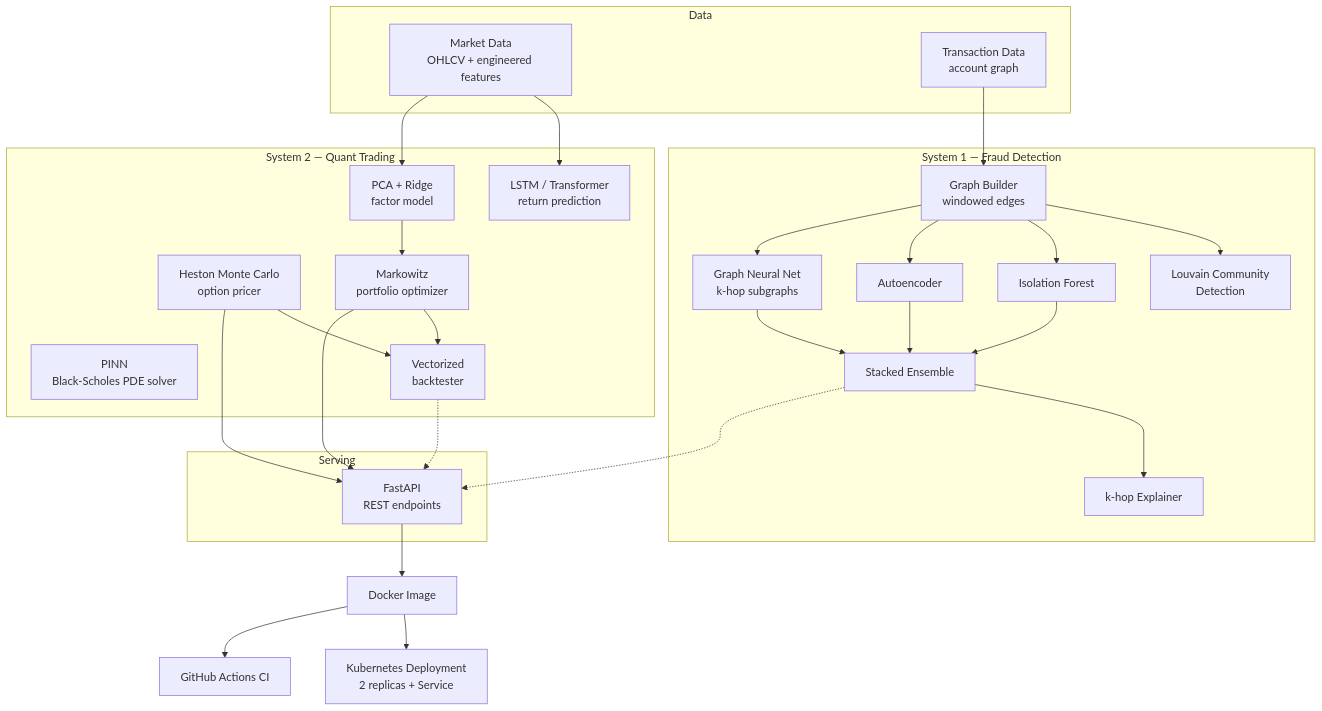
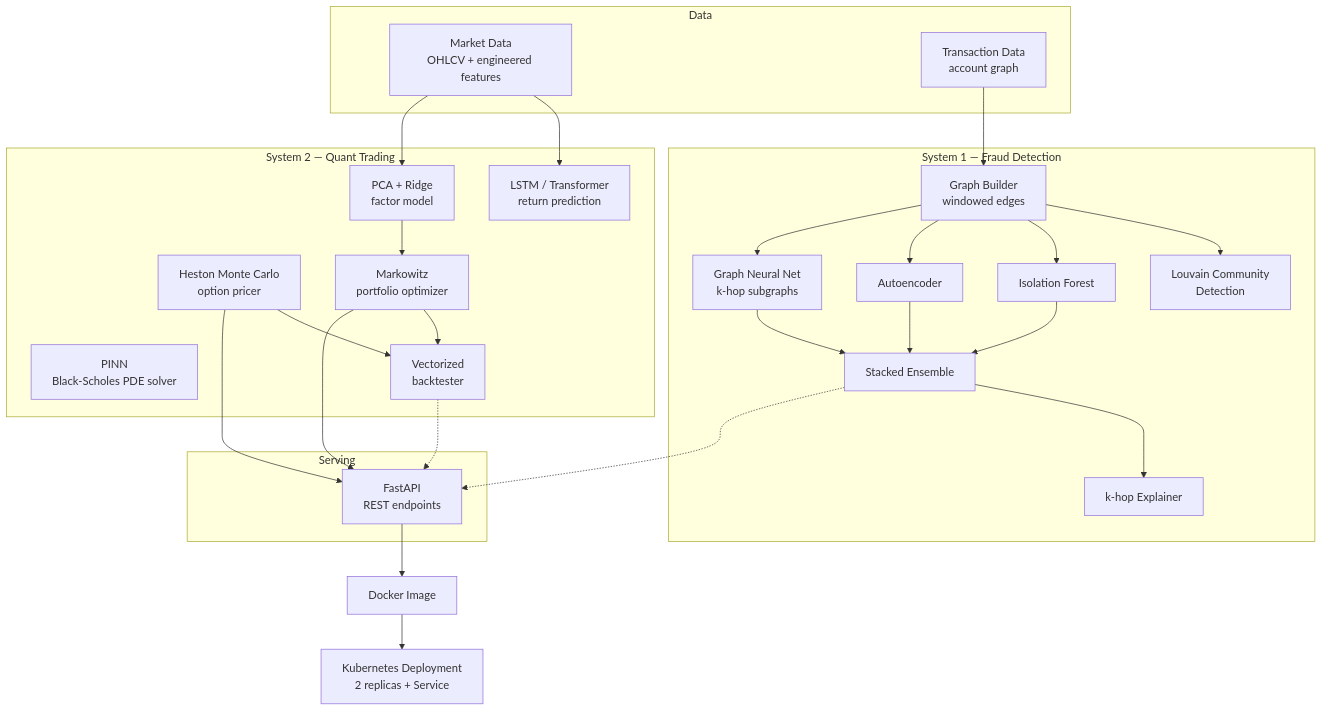
The diagram in README.md (rkazumovi/financial-ai-system), drawn with Mermaid before and after one commit. The commit also changed other lines of this file and 22 other files, not shown here.

````diff
--- a/README.md
+++ b/README.md
@@ -27,45 +27,44 @@
 ```mermaid
 graph TB
     subgraph Data
         MD[Market Data<br/>OHLCV + engineered features]
         TX[Transaction Data<br/>account graph]
     end
 
     subgraph "System 1 — Fraud Detection"
         GB[Graph Builder<br/>windowed edges]
         CD[Louvain Community<br/>Detection]
         IF[Isolation Forest]
         AE[Autoencoder]
         GNN[Graph Neural Net<br/>k-hop subgraphs]
         ENS[Stacked Ensemble]
         EXP[k-hop Explainer]
         TX --> GB --> CD
         GB --> IF & AE & GNN --> ENS --> EXP
     end
 
     subgraph "System 2 — Quant Trading"
         PINN[PINN<br/>Black-Scholes PDE solver]
         SEQ[LSTM / Transformer<br/>return prediction]
         HES[Heston Monte Carlo<br/>option pricer]
         FAC[PCA + Ridge<br/>factor model]
         OPT[Markowitz<br/>portfolio optimizer]
         BT[Vectorized<br/>backtester]
         MD --> SEQ
         MD --> FAC --> OPT --> BT
         HES --> BT
         PINN
     end
 
     subgraph Serving
         API[FastAPI<br/>REST endpoints]
     end
 
     ENS -.-> API
     HES --> API
     OPT --> API
     BT -.-> API
 
     API --> DOCKER[Docker Image]
     DOCKER --> K8S[Kubernetes Deployment<br/>2 replicas + Service]
-    DOCKER --> CI[GitHub Actions CI]
 ```
````
